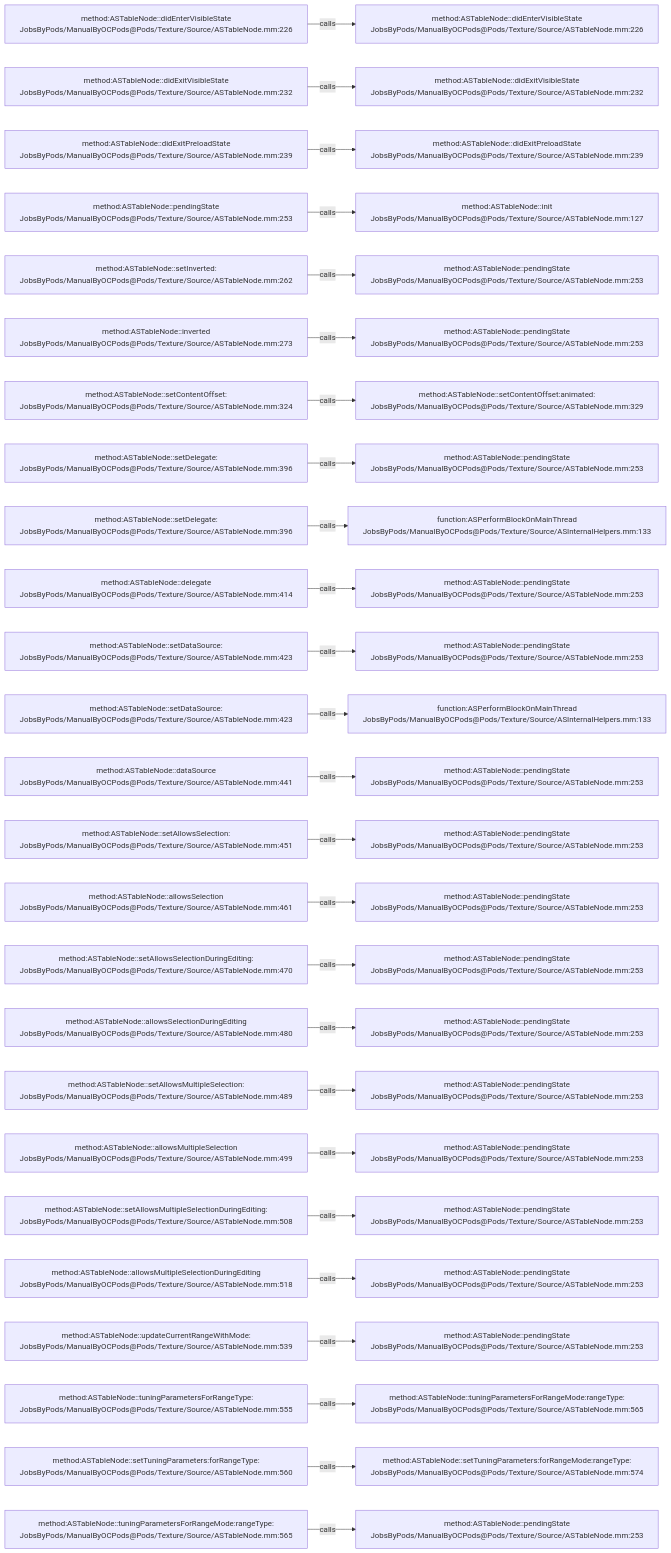
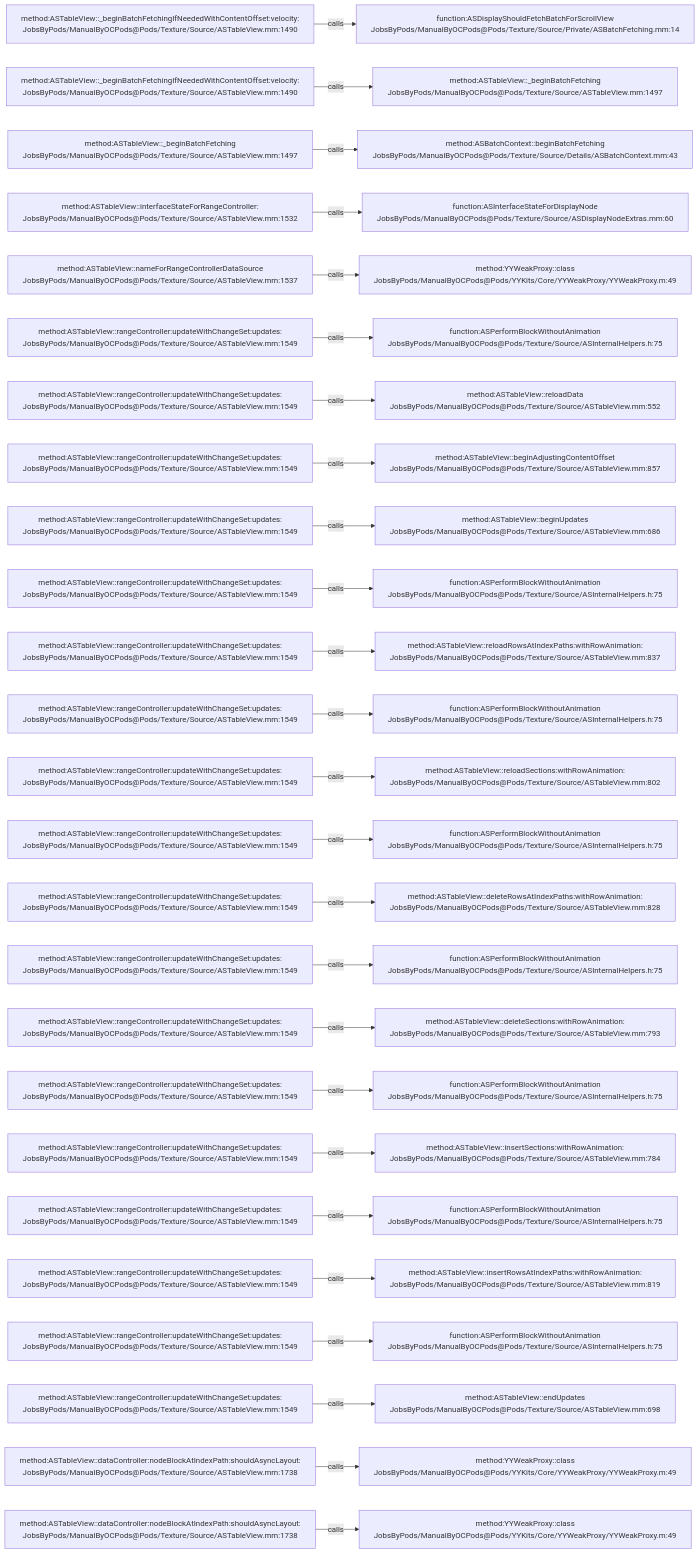
The diagram in .codegraph/codegraph.md/graphs/calls-115.md (JobsKits/JobsOCBaseConfigDemo), drawn with Mermaid before and after one commit. The commit also changed 2723 other files, not shown here.

````diff
--- a/.codegraph/codegraph.md/graphs/calls-115.md
+++ b/.codegraph/codegraph.md/graphs/calls-115.md
@@ -13,78 +13,78 @@
 ```mermaid
 flowchart LR
-  S1["method:ASTableNode::didEnterVisibleState<br/>JobsByPods/ManualByOCPods@Pods/Texture/Source/ASTableNode.mm:226"]
-  T1["method:ASTableNode::didEnterVisibleState<br/>JobsByPods/ManualByOCPods@Pods/Texture/Source/ASTableNode.mm:226"]
+  S1["method:ASTableView::_beginBatchFetchingIfNeededWithContentOffset:velocity:<br/>JobsByPods/ManualByOCPods@Pods/Texture/Source/ASTableView.mm:1490"]
+  T1["function:ASDisplayShouldFetchBatchForScrollView<br/>JobsByPods/ManualByOCPods@Pods/Texture/Source/Private/ASBatchFetching.mm:14"]
   S1 -->|calls| T1
-  S2["method:ASTableNode::didExitVisibleState<br/>JobsByPods/ManualByOCPods@Pods/Texture/Source/ASTableNode.mm:232"]
-  T2["method:ASTableNode::didExitVisibleState<br/>JobsByPods/ManualByOCPods@Pods/Texture/Source/ASTableNode.mm:232"]
+  S2["method:ASTableView::_beginBatchFetchingIfNeededWithContentOffset:velocity:<br/>JobsByPods/ManualByOCPods@Pods/Texture/Source/ASTableView.mm:1490"]
+  T2["method:ASTableView::_beginBatchFetching<br/>JobsByPods/ManualByOCPods@Pods/Texture/Source/ASTableView.mm:1497"]
   S2 -->|calls| T2
-  S3["method:ASTableNode::didExitPreloadState<br/>JobsByPods/ManualByOCPods@Pods/Texture/Source/ASTableNode.mm:239"]
-  T3["method:ASTableNode::didExitPreloadState<br/>JobsByPods/ManualByOCPods@Pods/Texture/Source/ASTableNode.mm:239"]
+  S3["method:ASTableView::_beginBatchFetching<br/>JobsByPods/ManualByOCPods@Pods/Texture/Source/ASTableView.mm:1497"]
+  T3["method:ASBatchContext::beginBatchFetching<br/>JobsByPods/ManualByOCPods@Pods/Texture/Source/Details/ASBatchContext.mm:43"]
   S3 -->|calls| T3
-  S4["method:ASTableNode::pendingState<br/>JobsByPods/ManualByOCPods@Pods/Texture/Source/ASTableNode.mm:253"]
-  T4["method:ASTableNode::init<br/>JobsByPods/ManualByOCPods@Pods/Texture/Source/ASTableNode.mm:127"]
+  S4["method:ASTableView::interfaceStateForRangeController:<br/>JobsByPods/ManualByOCPods@Pods/Texture/Source/ASTableView.mm:1532"]
+  T4["function:ASInterfaceStateForDisplayNode<br/>JobsByPods/ManualByOCPods@Pods/Texture/Source/ASDisplayNodeExtras.mm:60"]
   S4 -->|calls| T4
-  S5["method:ASTableNode::setInverted:<br/>JobsByPods/ManualByOCPods@Pods/Texture/Source/ASTableNode.mm:262"]
-  T5["method:ASTableNode::pendingState<br/>JobsByPods/ManualByOCPods@Pods/Texture/Source/ASTableNode.mm:253"]
+  S5["method:ASTableView::nameForRangeControllerDataSource<br/>JobsByPods/ManualByOCPods@Pods/Texture/Source/ASTableView.mm:1537"]
+  T5["method:YYWeakProxy::class<br/>JobsByPods/ManualByOCPods@Pods/YYKits/Core/YYWeakProxy/YYWeakProxy.m:49"]
   S5 -->|calls| T5
-  S6["method:ASTableNode::inverted<br/>JobsByPods/ManualByOCPods@Pods/Texture/Source/ASTableNode.mm:273"]
-  T6["method:ASTableNode::pendingState<br/>JobsByPods/ManualByOCPods@Pods/Texture/Source/ASTableNode.mm:253"]
+  S6["method:ASTableView::rangeController:updateWithChangeSet:updates:<br/>JobsByPods/ManualByOCPods@Pods/Texture/Source/ASTableView.mm:1549"]
+  T6["function:ASPerformBlockWithoutAnimation<br/>JobsByPods/ManualByOCPods@Pods/Texture/Source/ASInternalHelpers.h:75"]
   S6 -->|calls| T6
-  S7["method:ASTableNode::setContentOffset:<br/>JobsByPods/ManualByOCPods@Pods/Texture/Source/ASTableNode.mm:324"]
-  T7["method:ASTableNode::setContentOffset:animated:<br/>JobsByPods/ManualByOCPods@Pods/Texture/Source/ASTableNode.mm:329"]
+  S7["method:ASTableView::rangeController:updateWithChangeSet:updates:<br/>JobsByPods/ManualByOCPods@Pods/Texture/Source/ASTableView.mm:1549"]
+  T7["method:ASTableView::reloadData<br/>JobsByPods/ManualByOCPods@Pods/Texture/Source/ASTableView.mm:552"]
   S7 -->|calls| T7
-  S8["method:ASTableNode::setDelegate:<br/>JobsByPods/ManualByOCPods@Pods/Texture/Source/ASTableNode.mm:396"]
-  T8["method:ASTableNode::pendingState<br/>JobsByPods/ManualByOCPods@Pods/Texture/Source/ASTableNode.mm:253"]
+  S8["method:ASTableView::rangeController:updateWithChangeSet:updates:<br/>JobsByPods/ManualByOCPods@Pods/Texture/Source/ASTableView.mm:1549"]
+  T8["method:ASTableView::beginAdjustingContentOffset<br/>JobsByPods/ManualByOCPods@Pods/Texture/Source/ASTableView.mm:857"]
   S8 -->|calls| T8
-  S9["method:ASTableNode::setDelegate:<br/>JobsByPods/ManualByOCPods@Pods/Texture/Source/ASTableNode.mm:396"]
-  T9["function:ASPerformBlockOnMainThread<br/>JobsByPods/ManualByOCPods@Pods/Texture/Source/ASInternalHelpers.mm:133"]
+  S9["method:ASTableView::rangeController:updateWithChangeSet:updates:<br/>JobsByPods/ManualByOCPods@Pods/Texture/Source/ASTableView.mm:1549"]
+  T9["method:ASTableView::beginUpdates<br/>JobsByPods/ManualByOCPods@Pods/Texture/Source/ASTableView.mm:686"]
   S9 -->|calls| T9
-  S10["method:ASTableNode::delegate<br/>JobsByPods/ManualByOCPods@Pods/Texture/Source/ASTableNode.mm:414"]
-  T10["method:ASTableNode::pendingState<br/>JobsByPods/ManualByOCPods@Pods/Texture/Source/ASTableNode.mm:253"]
+  S10["method:ASTableView::rangeController:updateWithChangeSet:updates:<br/>JobsByPods/ManualByOCPods@Pods/Texture/Source/ASTableView.mm:1549"]
+  T10["function:ASPerformBlockWithoutAnimation<br/>JobsByPods/ManualByOCPods@Pods/Texture/Source/ASInternalHelpers.h:75"]
   S10 -->|calls| T10
-  S11["method:ASTableNode::setDataSource:<br/>JobsByPods/ManualByOCPods@Pods/Texture/Source/ASTableNode.mm:423"]
-  T11["method:ASTableNode::pendingState<br/>JobsByPods/ManualByOCPods@Pods/Texture/Source/ASTableNode.mm:253"]
+  S11["method:ASTableView::rangeController:updateWithChangeSet:updates:<br/>JobsByPods/ManualByOCPods@Pods/Texture/Source/ASTableView.mm:1549"]
+  T11["method:ASTableView::reloadRowsAtIndexPaths:withRowAnimation:<br/>JobsByPods/ManualByOCPods@Pods/Texture/Source/ASTableView.mm:837"]
   S11 -->|calls| T11
-  S12["method:ASTableNode::setDataSource:<br/>JobsByPods/ManualByOCPods@Pods/Texture/Source/ASTableNode.mm:423"]
-  T12["function:ASPerformBlockOnMainThread<br/>JobsByPods/ManualByOCPods@Pods/Texture/Source/ASInternalHelpers.mm:133"]
+  S12["method:ASTableView::rangeController:updateWithChangeSet:updates:<br/>JobsByPods/ManualByOCPods@Pods/Texture/Source/ASTableView.mm:1549"]
+  T12["function:ASPerformBlockWithoutAnimation<br/>JobsByPods/ManualByOCPods@Pods/Texture/Source/ASInternalHelpers.h:75"]
   S12 -->|calls| T12
-  S13["method:ASTableNode::dataSource<br/>JobsByPods/ManualByOCPods@Pods/Texture/Source/ASTableNode.mm:441"]
-  T13["method:ASTableNode::pendingState<br/>JobsByPods/ManualByOCPods@Pods/Texture/Source/ASTableNode.mm:253"]
+  S13["method:ASTableView::rangeController:updateWithChangeSet:updates:<br/>JobsByPods/ManualByOCPods@Pods/Texture/Source/ASTableView.mm:1549"]
+  T13["method:ASTableView::reloadSections:withRowAnimation:<br/>JobsByPods/ManualByOCPods@Pods/Texture/Source/ASTableView.mm:802"]
   S13 -->|calls| T13
-  S14["method:ASTableNode::setAllowsSelection:<br/>JobsByPods/ManualByOCPods@Pods/Texture/Source/ASTableNode.mm:451"]
-  T14["method:ASTableNode::pendingState<br/>JobsByPods/ManualByOCPods@Pods/Texture/Source/ASTableNode.mm:253"]
+  S14["method:ASTableView::rangeController:updateWithChangeSet:updates:<br/>JobsByPods/ManualByOCPods@Pods/Texture/Source/ASTableView.mm:1549"]
+  T14["function:ASPerformBlockWithoutAnimation<br/>JobsByPods/ManualByOCPods@Pods/Texture/Source/ASInternalHelpers.h:75"]
   S14 -->|calls| T14
-  S15["method:ASTableNode::allowsSelection<br/>JobsByPods/ManualByOCPods@Pods/Texture/Source/ASTableNode.mm:461"]
-  T15["method:ASTableNode::pendingState<br/>JobsByPods/ManualByOCPods@Pods/Texture/Source/ASTableNode.mm:253"]
+  S15["method:ASTableView::rangeController:updateWithChangeSet:updates:<br/>JobsByPods/ManualByOCPods@Pods/Texture/Source/ASTableView.mm:1549"]
+  T15["method:ASTableView::deleteRowsAtIndexPaths:withRowAnimation:<br/>JobsByPods/ManualByOCPods@Pods/Texture/Source/ASTableView.mm:828"]
   S15 -->|calls| T15
-  S16["method:ASTableNode::setAllowsSelectionDuringEditing:<br/>JobsByPods/ManualByOCPods@Pods/Texture/Source/ASTableNode.mm:470"]
-  T16["method:ASTableNode::pendingState<br/>JobsByPods/ManualByOCPods@Pods/Texture/Source/ASTableNode.mm:253"]
+  S16["method:ASTableView::rangeController:updateWithChangeSet:updates:<br/>JobsByPods/ManualByOCPods@Pods/Texture/Source/ASTableView.mm:1549"]
+  T16["function:ASPerformBlockWithoutAnimation<br/>JobsByPods/ManualByOCPods@Pods/Texture/Source/ASInternalHelpers.h:75"]
   S16 -->|calls| T16
-  S17["method:ASTableNode::allowsSelectionDuringEditing<br/>JobsByPods/ManualByOCPods@Pods/Texture/Source/ASTableNode.mm:480"]
-  T17["method:ASTableNode::pendingState<br/>JobsByPods/ManualByOCPods@Pods/Texture/Source/ASTableNode.mm:253"]
+  S17["method:ASTableView::rangeController:updateWithChangeSet:updates:<br/>JobsByPods/ManualByOCPods@Pods/Texture/Source/ASTableView.mm:1549"]
+  T17["method:ASTableView::deleteSections:withRowAnimation:<br/>JobsByPods/ManualByOCPods@Pods/Texture/Source/ASTableView.mm:793"]
   S17 -->|calls| T17
-  S18["method:ASTableNode::setAllowsMultipleSelection:<br/>JobsByPods/ManualByOCPods@Pods/Texture/Source/ASTableNode.mm:489"]
-  T18["method:ASTableNode::pendingState<br/>JobsByPods/ManualByOCPods@Pods/Texture/Source/ASTableNode.mm:253"]
+  S18["method:ASTableView::rangeController:updateWithChangeSet:updates:<br/>JobsByPods/ManualByOCPods@Pods/Texture/Source/ASTableView.mm:1549"]
+  T18["function:ASPerformBlockWithoutAnimation<br/>JobsByPods/ManualByOCPods@Pods/Texture/Source/ASInternalHelpers.h:75"]
   S18 -->|calls| T18
-  S19["method:ASTableNode::allowsMultipleSelection<br/>JobsByPods/ManualByOCPods@Pods/Texture/Source/ASTableNode.mm:499"]
-  T19["method:ASTableNode::pendingState<br/>JobsByPods/ManualByOCPods@Pods/Texture/Source/ASTableNode.mm:253"]
+  S19["method:ASTableView::rangeController:updateWithChangeSet:updates:<br/>JobsByPods/ManualByOCPods@Pods/Texture/Source/ASTableView.mm:1549"]
+  T19["method:ASTableView::insertSections:withRowAnimation:<br/>JobsByPods/ManualByOCPods@Pods/Texture/Source/ASTableView.mm:784"]
   S19 -->|calls| T19
-  S20["method:ASTableNode::setAllowsMultipleSelectionDuringEditing:<br/>JobsByPods/ManualByOCPods@Pods/Texture/Source/ASTableNode.mm:508"]
-  T20["method:ASTableNode::pendingState<br/>JobsByPods/ManualByOCPods@Pods/Texture/Source/ASTableNode.mm:253"]
+  S20["method:ASTableView::rangeController:updateWithChangeSet:updates:<br/>JobsByPods/ManualByOCPods@Pods/Texture/Source/ASTableView.mm:1549"]
+  T20["function:ASPerformBlockWithoutAnimation<br/>JobsByPods/ManualByOCPods@Pods/Texture/Source/ASInternalHelpers.h:75"]
   S20 -->|calls| T20
-  S21["method:ASTableNode::allowsMultipleSelectionDuringEditing<br/>JobsByPods/ManualByOCPods@Pods/Texture/Source/ASTableNode.mm:518"]
-  T21["method:ASTableNode::pendingState<br/>JobsByPods/ManualByOCPods@Pods/Texture/Source/ASTableNode.mm:253"]
+  S21["method:ASTableView::rangeController:updateWithChangeSet:updates:<br/>JobsByPods/ManualByOCPods@Pods/Texture/Source/ASTableView.mm:1549"]
+  T21["method:ASTableView::insertRowsAtIndexPaths:withRowAnimation:<br/>JobsByPods/ManualByOCPods@Pods/Texture/Source/ASTableView.mm:819"]
   S21 -->|calls| T21
-  S22["method:ASTableNode::updateCurrentRangeWithMode:<br/>JobsByPods/ManualByOCPods@Pods/Texture/Source/ASTableNode.mm:539"]
-  T22["method:ASTableNode::pendingState<br/>JobsByPods/ManualByOCPods@Pods/Texture/Source/ASTableNode.mm:253"]
+  S22["method:ASTableView::rangeController:updateWithChangeSet:updates:<br/>JobsByPods/ManualByOCPods@Pods/Texture/Source/ASTableView.mm:1549"]
+  T22["function:ASPerformBlockWithoutAnimation<br/>JobsByPods/ManualByOCPods@Pods/Texture/Source/ASInternalHelpers.h:75"]
   S22 -->|calls| T22
-  S23["method:ASTableNode::tuningParametersForRangeType:<br/>JobsByPods/ManualByOCPods@Pods/Texture/Source/ASTableNode.mm:555"]
-  T23["method:ASTableNode::tuningParametersForRangeMode:rangeType:<br/>JobsByPods/ManualByOCPods@Pods/Texture/Source/ASTableNode.mm:565"]
+  S23["method:ASTableView::rangeController:updateWithChangeSet:updates:<br/>JobsByPods/ManualByOCPods@Pods/Texture/Source/ASTableView.mm:1549"]
+  T23["method:ASTableView::endUpdates<br/>JobsByPods/ManualByOCPods@Pods/Texture/Source/ASTableView.mm:698"]
   S23 -->|calls| T23
-  S24["method:ASTableNode::setTuningParameters:forRangeType:<br/>JobsByPods/ManualByOCPods@Pods/Texture/Source/ASTableNode.mm:560"]
-  T24["method:ASTableNode::setTuningParameters:forRangeMode:rangeType:<br/>JobsByPods/ManualByOCPods@Pods/Texture/Source/ASTableNode.mm:574"]
+  S24["method:ASTableView::dataController:nodeBlockAtIndexPath:shouldAsyncLayout:<br/>JobsByPods/ManualByOCPods@Pods/Texture/Source/ASTableView.mm:1738"]
+  T24["method:YYWeakProxy::class<br/>JobsByPods/ManualByOCPods@Pods/YYKits/Core/YYWeakProxy/YYWeakProxy.m:49"]
   S24 -->|calls| T24
-  S25["method:ASTableNode::tuningParametersForRangeMode:rangeType:<br/>JobsByPods/ManualByOCPods@Pods/Texture/Source/ASTableNode.mm:565"]
-  T25["method:ASTableNode::pendingState<br/>JobsByPods/ManualByOCPods@Pods/Texture/Source/ASTableNode.mm:253"]
+  S25["method:ASTableView::dataController:nodeBlockAtIndexPath:shouldAsyncLayout:<br/>JobsByPods/ManualByOCPods@Pods/Texture/Source/ASTableView.mm:1738"]
+  T25["method:YYWeakProxy::class<br/>JobsByPods/ManualByOCPods@Pods/YYKits/Core/YYWeakProxy/YYWeakProxy.m:49"]
   S25 -->|calls| T25
 ```
````
